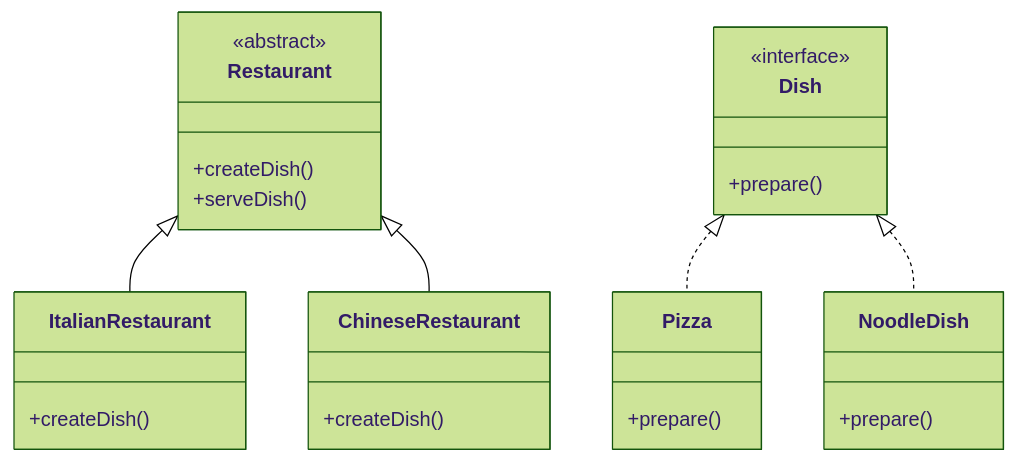
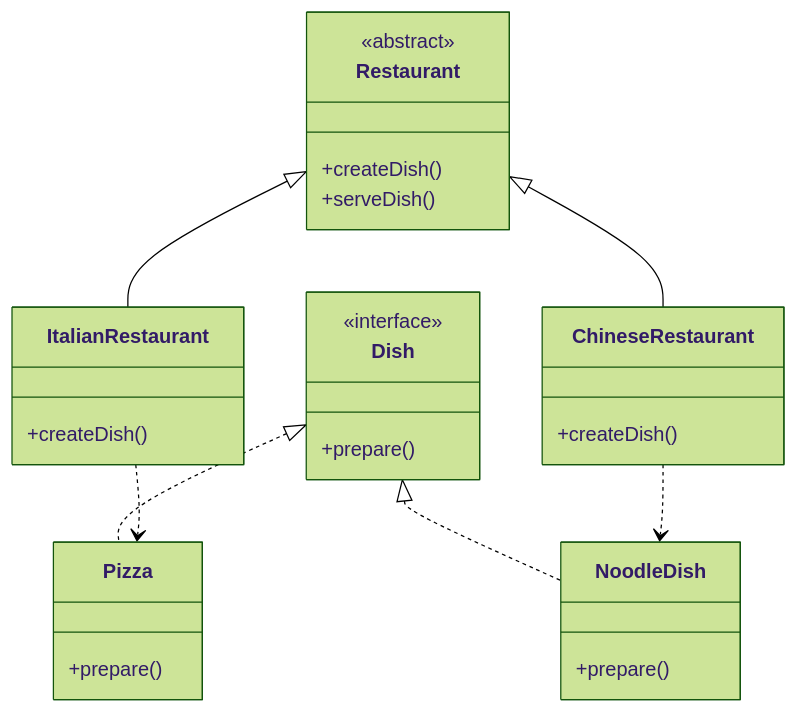
The second of 8 diagrams in design_patterns.md (TechFille006/OOP), drawn with Mermaid (forest theme) before and after one commit. The commit also changed other lines of this file, not shown here.

````diff
--- a/design_patterns.md
+++ b/design_patterns.md
@@ -43,28 +43,30 @@
 ```mermaid
 classDiagram
     class Restaurant {
         <<abstract>>
         +createDish()
         +serveDish()
     }
     class ItalianRestaurant {
         +createDish()
     }
     class ChineseRestaurant {
         +createDish()
     }
     class Dish {
         <<interface>>
         +prepare()
     }
     class Pizza {
         +prepare()
     }
     class NoodleDish {
         +prepare()
     }
     Restaurant <|-- ItalianRestaurant
     Restaurant <|-- ChineseRestaurant
     Dish <|.. Pizza
     Dish <|.. NoodleDish
+    ItalianRestaurant ..> Pizza
+    ChineseRestaurant ..> NoodleDish
 ```
````
